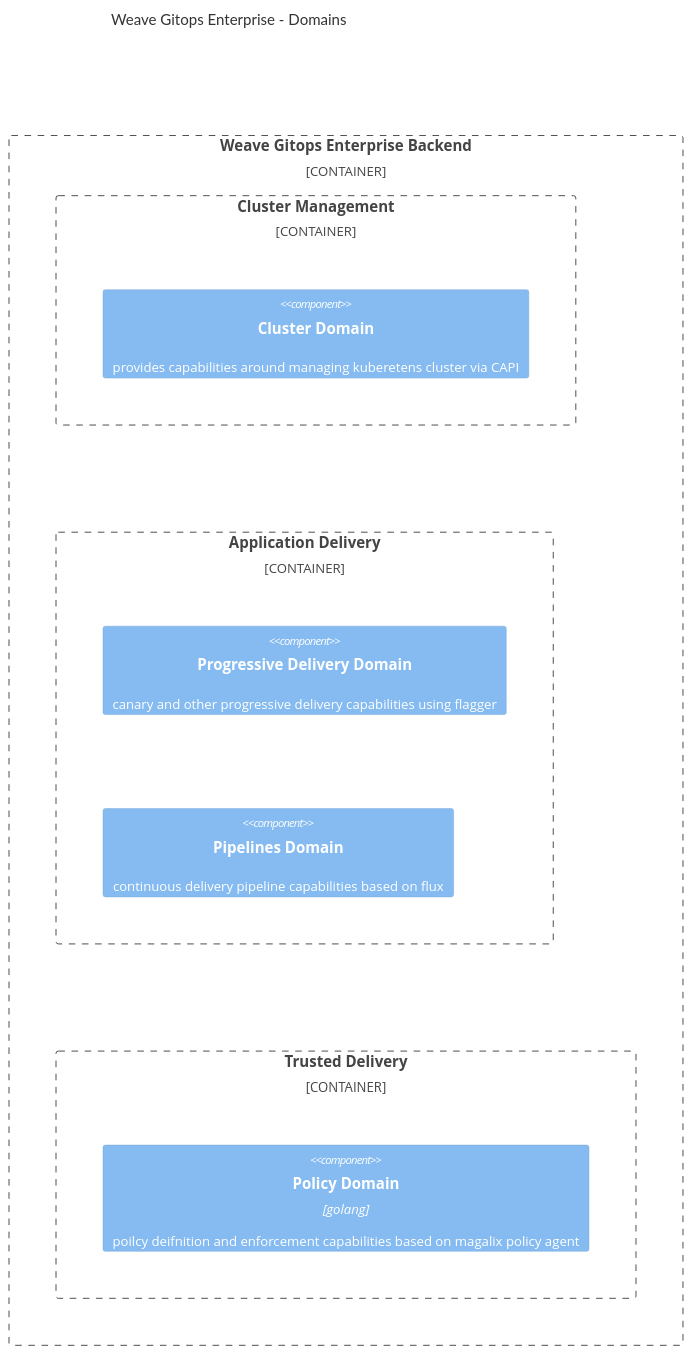
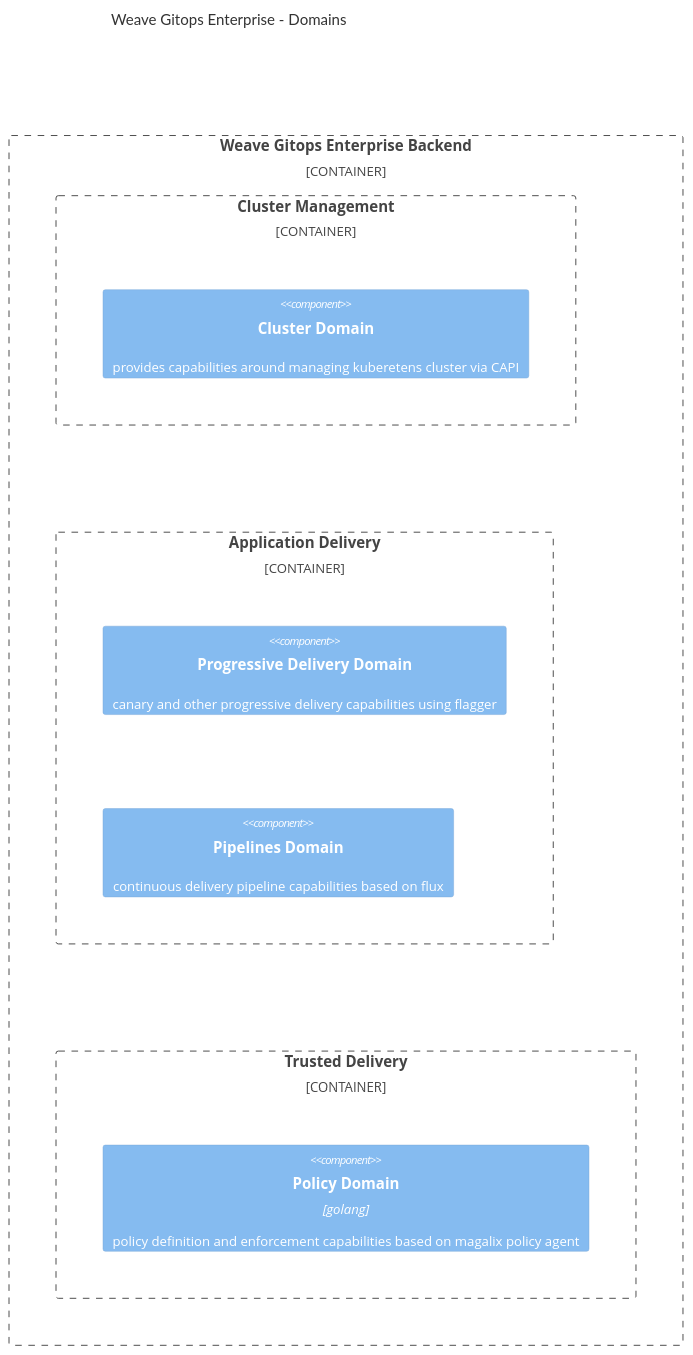
One commit to weaveworks/weave-gitops-enterprise changed the third of 3 diagrams in docs/architecture/README.md. Above: the diagram before and after it, drawn with Mermaid. The commit also changed other lines of this file and 4 other files, not shown here.

````diff
--- a/docs/architecture/README.md
+++ b/docs/architecture/README.md
@@ -154,17 +158,17 @@
 ```mermaid
 C4Container
     title Weave Gitops Enterprise - Domains
     Container_Boundary(weaveGitopsEnterpriseBackend, "Weave Gitops Enterprise Backend") {
           Container_Boundary(clusterManagement, "Cluster Management") {
             Component(ClusterDomain, "Cluster Domain",, "provides capabilities around managing kuberetens cluster via CAPI")            
           }
           Container_Boundary(applicationDelivery, "Application Delivery") {
             Component(ProgressiveDelivery, "Progressive Delivery Domain",, "canary and other progressive delivery capabilities using flagger")
             Component(Pipelines, "Pipelines Domain",, "continuous delivery pipeline capabilities based on flux")
           }
           Container_Boundary(trustedDelivery, "Trusted Delivery") {
-            Component(Policy, "Policy Domain", "golang", "poilcy deifnition and enforcement capabilities based on magalix policy agent")
+            Component(Policy, "Policy Domain", "golang", "policy definition and enforcement capabilities based on magalix policy agent")
           }
     }
     UpdateLayoutConfig($c4ShapeInRow="2", $c4BoundaryInRow="1")               
 ```
````
